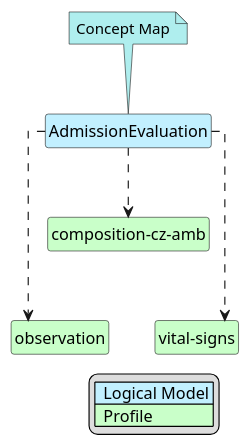
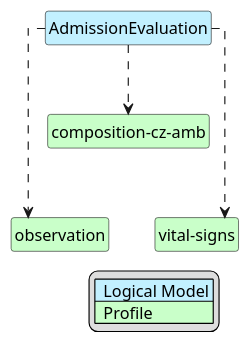
One commit to HL7-cz/amb changed the diagram in input/images-source/AdmissionEvaluation-map.plantuml. Above: the diagram before and after it, drawn with PlantUML. The commit also changed 2 other files, not shown here.

```diff
--- a/input/images-source/AdmissionEvaluation-map.plantuml
+++ b/input/images-source/AdmissionEvaluation-map.plantuml
@@ -1,32 +1,29 @@
 @startuml AdmissionEvaluation-map
 hide circle
 hide stereotype
 hide members    
 hide methods
 skinparam linetype ortho
 skinparam class {
 BackgroundColor<<LogicalModel>> #APPLICATION
 BackgroundColor<<Profile>> #TECHNOLOGY
 }
 legend right
 | <#APPLICATION>  Logical Model |
 | <#TECHNOLOGY>  Profile |
 endlegend
 class "AdmissionEvaluation" <<LogicalModel>> [[StructureDefinition-AdmissionEvaluationCz.html]]
-note top #PaleTurquoise [[AdmissionEvaluation2FHIR-cz-amb.html]]
-Concept Map
-endnote
 
 class "composition-cz-amb" <<Profile>> [[StructureDefinition-cz-composition-amb.html]]
 class "observation" <<Profile>> [[StructureDefinition-observation.html]]
 class "vital-signs" <<Profile>> [[StructureDefinition-vital-signs.html]]
 
 ' --- Mappings per groups
 "AdmissionEvaluation" ..> "composition-cz-amb"
 "AdmissionEvaluation" ..> "observation"
 "AdmissionEvaluation" ..> "vital-signs"
 
 ' --- Layout helpers (optional)
 "composition-cz-amb" -d[hidden]-> "observation"
 "composition-cz-amb" -d[hidden]-> "vital-signs"
 @enduml
```
